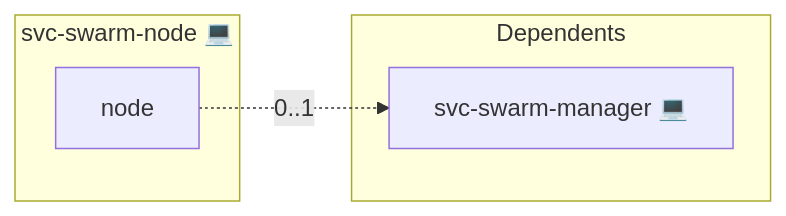
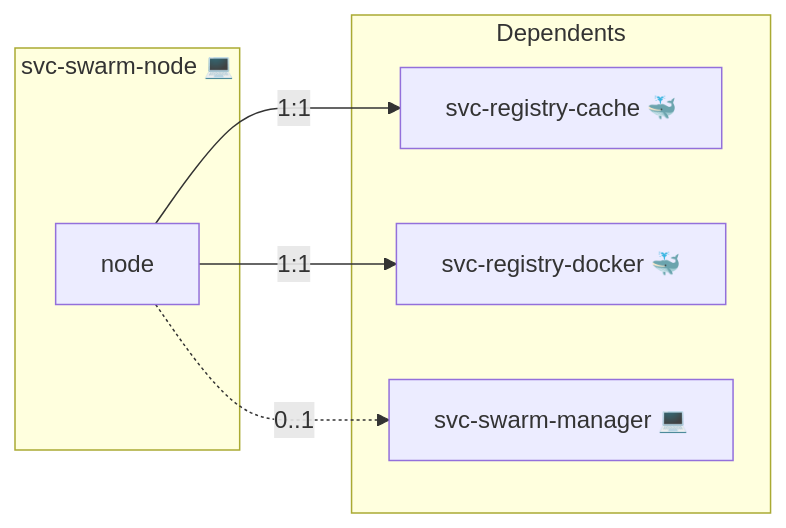
Before and after one commit to AlejandroRomanIbanez/infinito-nexus: the diagram in roles/svc-swarm-node/README.md, drawn with Mermaid. The commit also changed other lines of this file and 256 other files, not shown here.

````diff
--- a/roles/svc-swarm-node/README.md
+++ b/roles/svc-swarm-node/README.md
@@ -23,10 +23,14 @@
 ```mermaid
 flowchart LR
     subgraph role [svc-swarm-node 💻]
         svc_node["node"]
     end
     subgraph dependents [Dependents]
+        dpt_svc_registry_cache["svc-registry-cache 🐳"]
+        dpt_svc_registry_docker["svc-registry-docker 🐳"]
         dpt_svc_swarm_manager["svc-swarm-manager 💻"]
     end
+    svc_node -- "1:1" --> dpt_svc_registry_cache
+    svc_node -- "1:1" --> dpt_svc_registry_docker
     svc_node -. "0..1" .-> dpt_svc_swarm_manager
 ```
````
